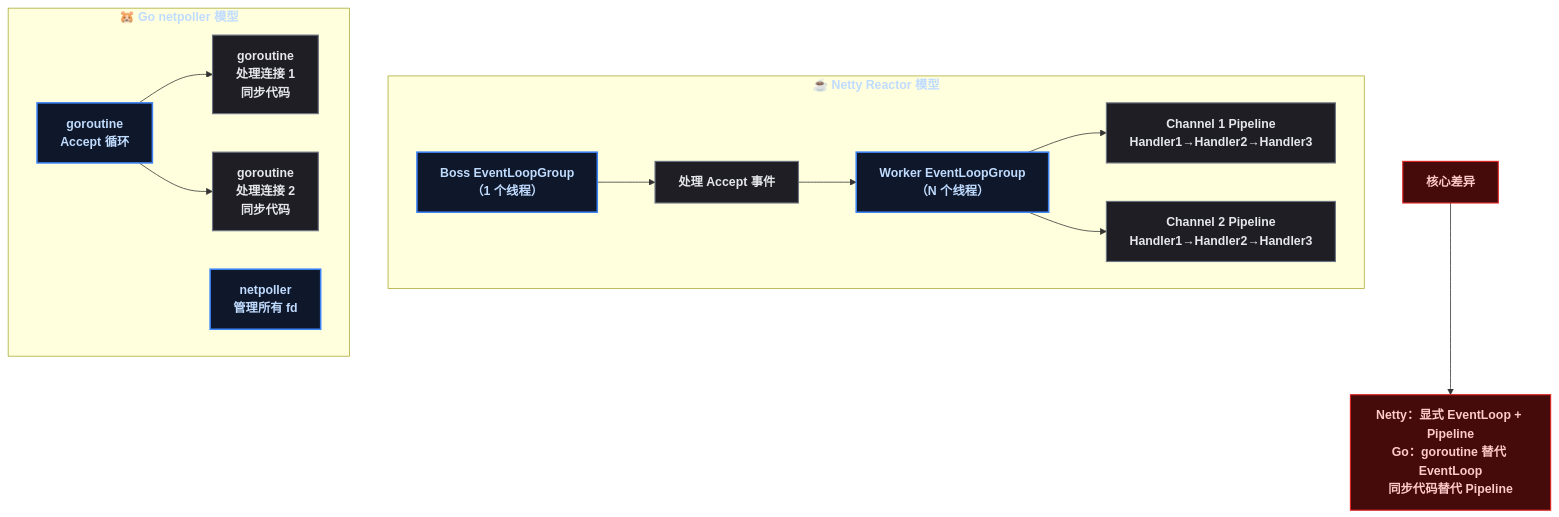
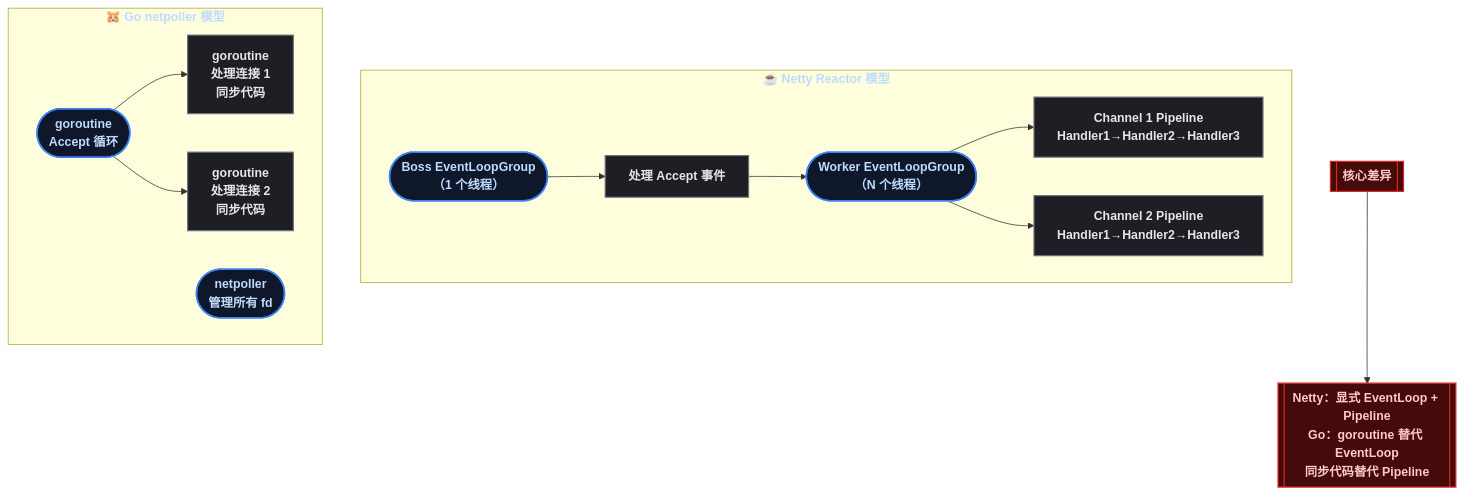
The third of 3 diagrams in content/posts/go/GoNetworking.md (yaocat55/yaocat55.github.io), drawn with Mermaid before and after one commit. The commit also changed other lines of this file and 14 other files, not shown here.

````diff
--- a/content/posts/go/GoNetworking.md
+++ b/content/posts/go/GoNetworking.md
@@ -162,25 +162,25 @@
 ```mermaid
 flowchart TD
     subgraph NettyModel["☕ Netty Reactor 模型"]
-        BossGroup["Boss EventLoopGroup\n（1 个线程）"] --> Accept["处理 Accept 事件"]
-        Accept --> WorkerGroup["Worker EventLoopGroup\n（N 个线程）"]
+        BossGroup(["Boss EventLoopGroup\n（1 个线程）"]) --> Accept["处理 Accept 事件"]
+        Accept --> WorkerGroup(["Worker EventLoopGroup\n（N 个线程）"])
         WorkerGroup --> Pipeline1["Channel 1 Pipeline\nHandler1→Handler2→Handler3"]
         WorkerGroup --> Pipeline2["Channel 2 Pipeline\nHandler1→Handler2→Handler3"]
     end
     
     subgraph GoModel["🐹 Go netpoller 模型"]
-        ListenerG["goroutine\nAccept 循环"] --> ConnG1["goroutine\n处理连接 1\n同步代码"]
+        ListenerG(["goroutine\nAccept 循环"]) --> ConnG1["goroutine\n处理连接 1\n同步代码"]
         ListenerG --> ConnG2["goroutine\n处理连接 2\n同步代码"]
-        NetPoller2["netpoller\n管理所有 fd"]
+        NetPoller2(["netpoller\n管理所有 fd"])
     end
     
-    Note["核心差异"] --> DiffText["Netty：显式 EventLoop + Pipeline\nGo：goroutine 替代 EventLoop\n同步代码替代 Pipeline"]
+    Note[["核心差异"]] --> DiffText[["Netty：显式 EventLoop + Pipeline\nGo：goroutine 替代 EventLoop\n同步代码替代 Pipeline"]]
     
 classDef root fill:#0f172a,stroke:#3b82f6,stroke-width:2px,color:#bfdbfe,font-weight:bold;
 classDef process fill:#1e1e24,stroke:#6b7280,stroke-width:1.5px,color:#e5e7eb;
 classDef highlight fill:#450a0a,stroke:#dc2626,stroke-width:1.5px,color:#fecaca,font-weight:bold;
     
     class BossGroup,WorkerGroup,ListenerG,NetPoller2 root
     class Accept,Pipeline1,Pipeline2,ConnG1,ConnG2 process
     class Note,DiffText highlight
 ```
````
